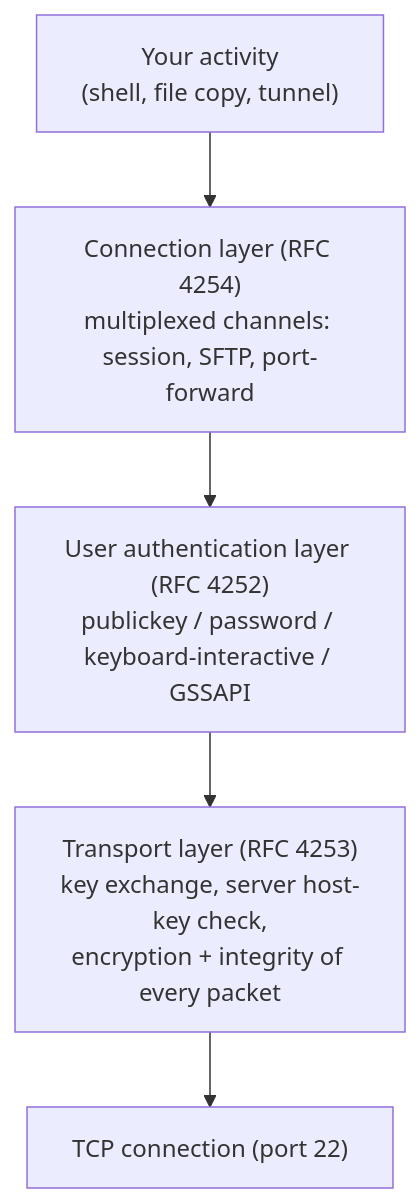
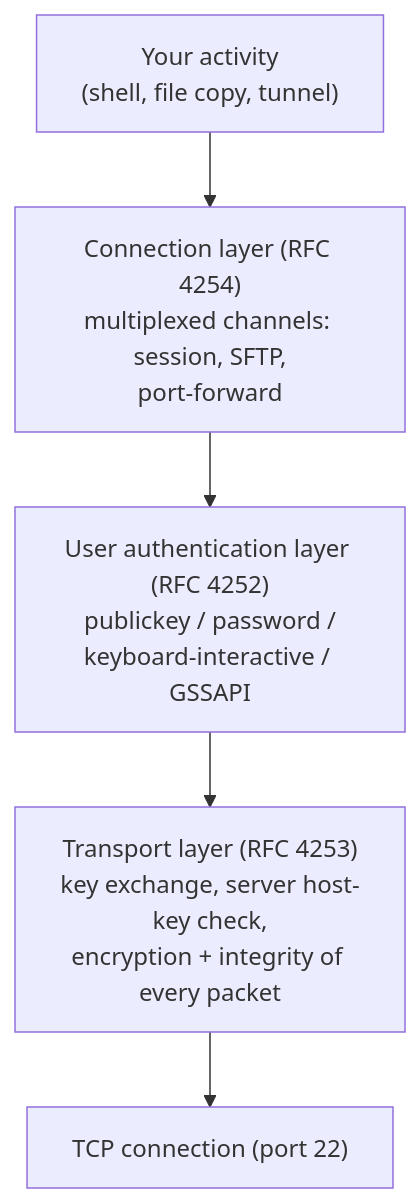
Before and after one commit to morandeirachema/WallixCerts: the first of 4 diagrams in protocols/ssh.md, drawn with Mermaid. The commit also changed 37 other files, not shown here.

First line of the commit message:
Make Mermaid node boxes fit their text (wrap long labels) + enforce it

````diff
--- a/protocols/ssh.md
+++ b/protocols/ssh.md
@@ -61,12 +61,12 @@
 ```mermaid
 flowchart TB
   app["Your activity<br/>(shell, file copy, tunnel)"]
-  conn["Connection layer (RFC 4254)<br/>multiplexed channels: session, SFTP, port-forward"]
-  auth["User authentication layer (RFC 4252)<br/>publickey / password / keyboard-interactive / GSSAPI"]
+  conn["Connection layer (RFC 4254)<br/>multiplexed channels: session, SFTP,<br/>port-forward"]
+  auth["User authentication layer (RFC 4252)<br/>publickey / password /<br/>keyboard-interactive / GSSAPI"]
   trans["Transport layer (RFC 4253)<br/>key exchange, server host-key check,<br/>encryption + integrity of every packet"]
   tcp["TCP connection (port 22)"]
   app --> conn
   conn --> auth
   auth --> trans
   trans --> tcp
 ```
````
